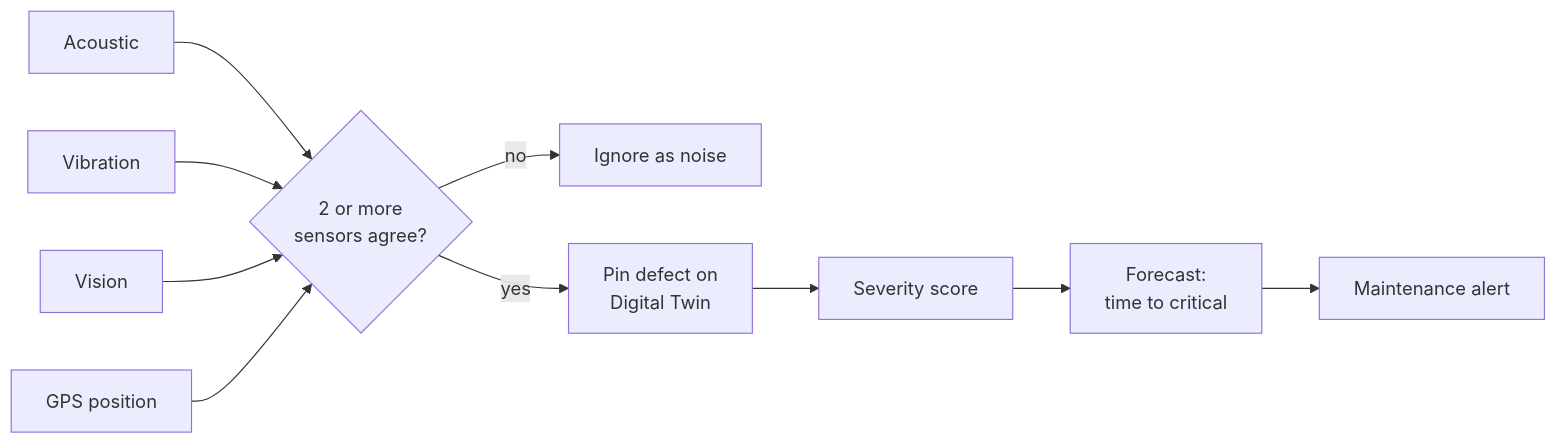
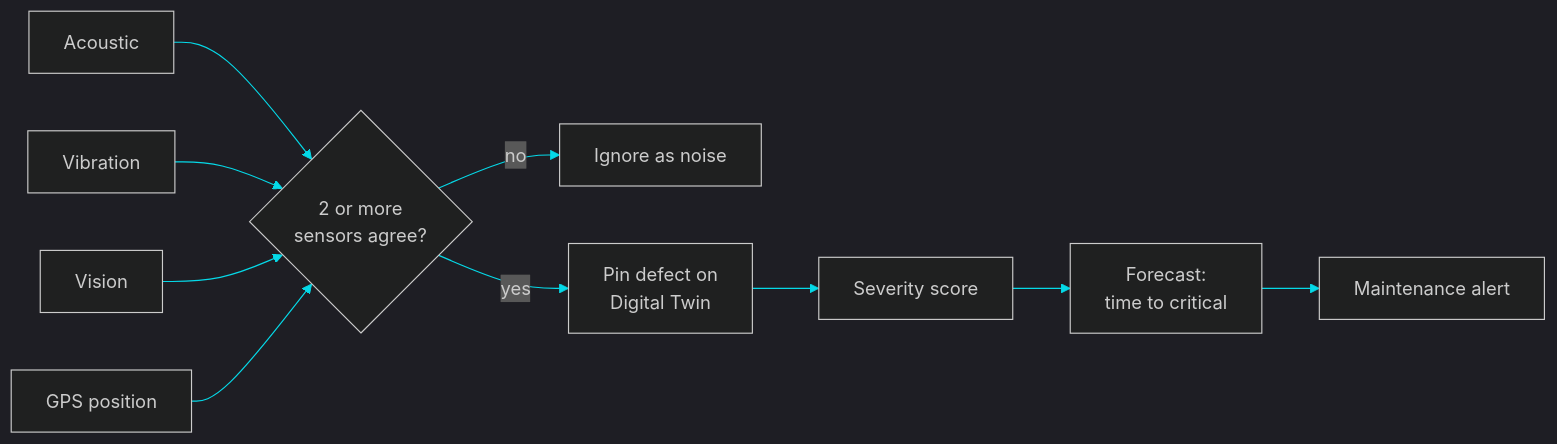
One commit to chethankp365/chethankp365 changed the fourth of 4 diagrams in README.md. Above: the diagram before and after it, drawn with Mermaid. The commit also changed other lines of this file, not shown here.

````diff
--- a/README.md
+++ b/README.md
@@ -179,12 +182,13 @@
 ```mermaid
+%%{init: {'theme':'dark','themeVariables':{'primaryColor':'#12062a','primaryBorderColor':'#ff2a6d','primaryTextColor':'#e8f7ff','lineColor':'#05d9e8','secondaryColor':'#1b0a36','tertiaryColor':'#05010c'}}}%%
 flowchart LR
     A[Acoustic] --> E{2 or more<br/>sensors agree?}
     B[Vibration] --> E
     C[Vision] --> E
     D[GPS position] --> E
     E -- no --> I[Ignore as noise]
     E -- yes --> T[Pin defect on<br/>Digital Twin]
     T --> S[Severity score]
     S --> F[Forecast:<br/>time to critical]
     F --> R[Maintenance alert]
 ```
````
